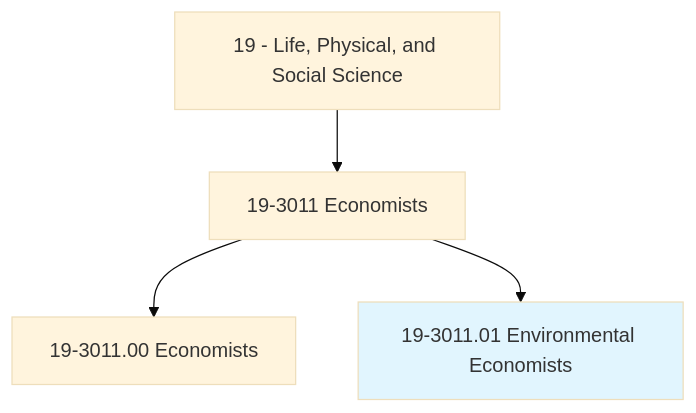
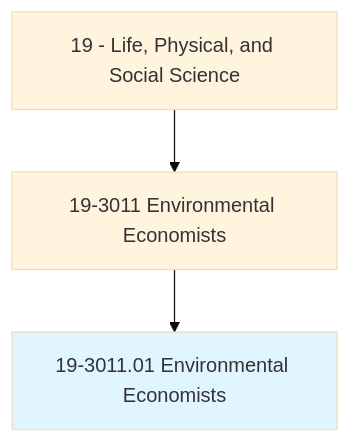
Before and after one commit to kziemski/business.org.ai: the first of 4 diagrams in occupations/Science/EnvironmentalEconomists.mdx, drawn with Mermaid (base theme). The commit also changed other lines of this file and 938 other files, not shown here.

````diff
--- a/occupations/Science/EnvironmentalEconomists.mdx
+++ b/occupations/Science/EnvironmentalEconomists.mdx
@@ -19,7 +23,6 @@
 ```mermaid
 graph TD
-    Cat19["19 - Life, Physical, and Social Science"] --> Group193011["19-3011 Economists"]
-    Group193011 --> Base["19-3011.00 Economists"]
+    Cat19["19 - Life, Physical, and Social Science"] --> Group193011["19-3011 Environmental Economists"]
     Group193011 --> Current["19-3011.01 Environmental Economists"]
     style Current fill:#e1f5fe
 ```
````
